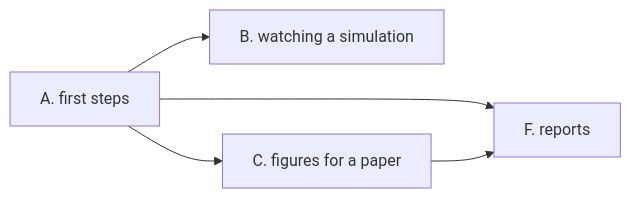
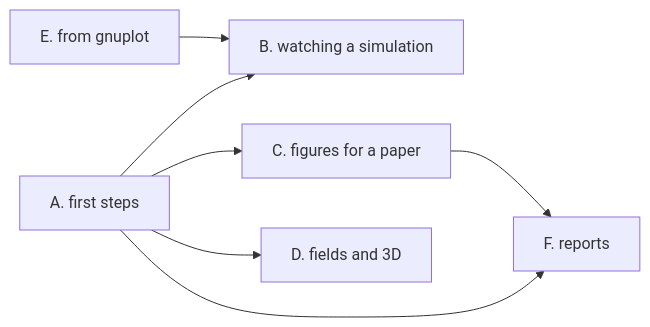
Before and after one commit to szaghi/foresight: the diagram in docs/manual/index.md, drawn with Mermaid. The commit also changed other lines of this file and 103 other files, not shown here.

````diff
--- a/docs/manual/index.md
+++ b/docs/manual/index.md
@@ -21,7 +23,9 @@
 ```mermaid
 flowchart LR
   A[A. first steps] --> B[B. watching a simulation]
   A --> C[C. figures for a paper]
+  A --> D[D. fields and 3D]
   A --> F[F. reports]
   C --> F
+  E[E. from gnuplot] --> B
 ```
````
